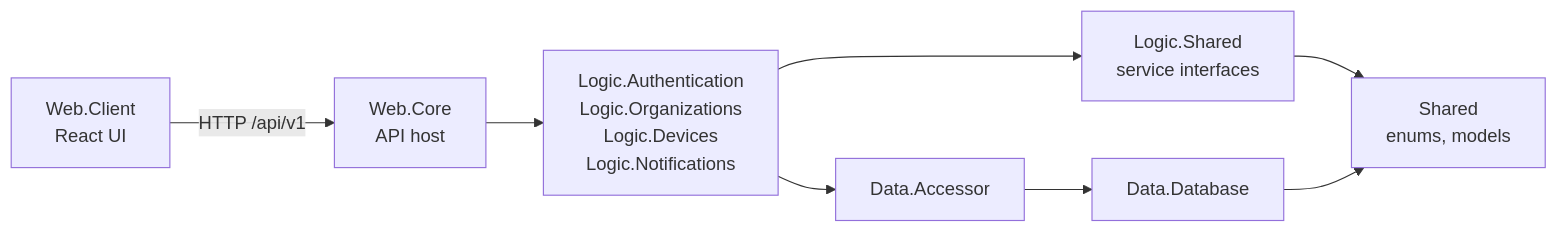
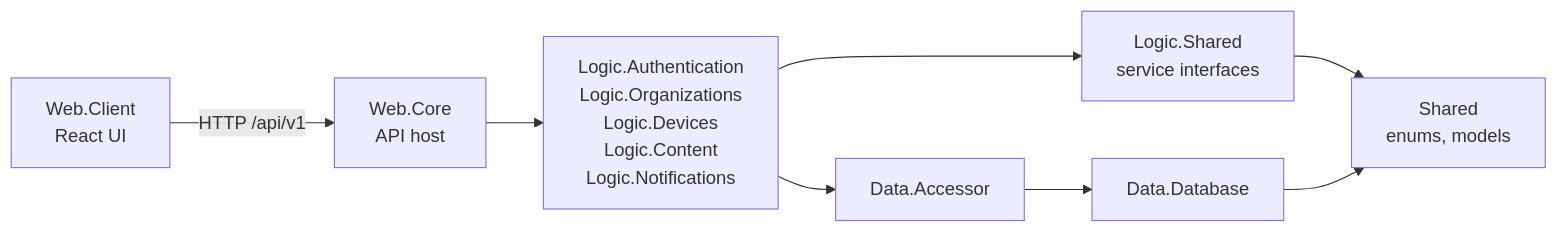
The diagram in docs/infrastructure.README.md (ManuelPeise/Merkwerk), drawn with Mermaid before and after one commit. The commit also changed other lines of this file and 44 other files, not shown here.

````diff
--- a/docs/infrastructure.README.md
+++ b/docs/infrastructure.README.md
@@ -38,10 +39,10 @@
 ```mermaid
 flowchart LR
     Client["Web.Client<br/>React UI"] -->|"HTTP /api/v1"| Host["Web.Core<br/>API host"]
-    Host --> Logic["Logic.Authentication<br/>Logic.Organizations<br/>Logic.Devices<br/>Logic.Notifications"]
+    Host --> Logic["Logic.Authentication<br/>Logic.Organizations<br/>Logic.Devices<br/>Logic.Content<br/>Logic.Notifications"]
     Logic --> LogicShared["Logic.Shared<br/>service interfaces"]
     Logic --> Accessor["Data.Accessor"]
     Accessor --> Database["Data.Database"]
     LogicShared --> Shared["Shared<br/>enums, models"]
     Database --> Shared
 ```
````
